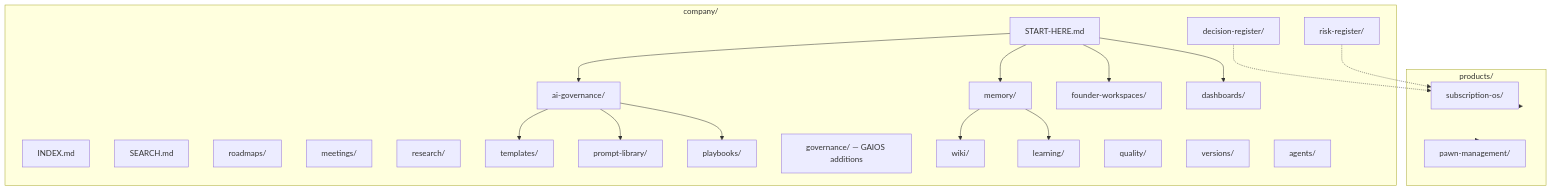
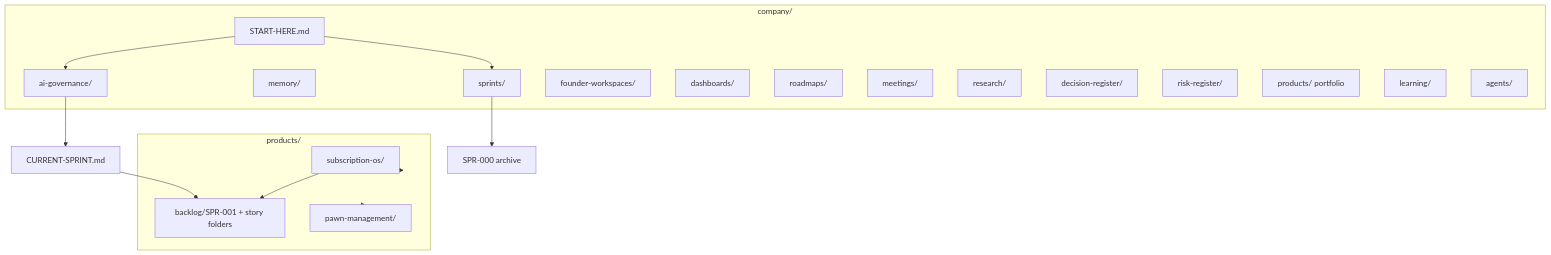
The second of 2 diagrams in company/START-HERE.md (gojentech/gojen-product-office), drawn with Mermaid before and after one commit. The commit also changed other lines of this file, not shown here.

Commit message:
docs(gaios): refresh START-HERE for SPR-001 discovery

````diff
--- a/company/START-HERE.md
+++ b/company/START-HERE.md
@@ -110,45 +113,34 @@
 ```mermaid
 flowchart TB
   subgraph company["company/"]
     SH[START-HERE.md]
-    IX[INDEX.md]
-    SE[SEARCH.md]
     AG[ai-governance/]
     MEM[memory/]
+    SP[sprints/]
     FW[founder-workspaces/]
     DB[dashboards/]
     RM[roadmaps/]
     MT[meetings/]
     RS[research/]
     DR[decision-register/]
     RR[risk-register/]
-    TP[templates/]
-    PL[prompt-library/]
-    PB[playbooks/]
-    GV[governance/ — GAIOS additions]
-    WK[wiki/]
+    CP[products/ portfolio]
     LN[learning/]
-    QL[quality/]
-    VR[versions/]
     AGENTS[agents/]
   end
 
   subgraph products_root["products/"]
     SOS[subscription-os/]
+    BL[backlog/SPR-001 + story folders]
     PAW[pawn-management/]
   end
 
   SH --> AG
-  SH --> MEM
-  SH --> FW
-  SH --> DB
-  AG --> TP
-  AG --> PL
-  AG --> PB
-  MEM --> WK
-  MEM --> LN
+  SH --> SP
+  AG --> CS[CURRENT-SPRINT.md]
+  CS --> BL
+  SP --> Arch[SPR-000 archive]
   products_root --> SOS
+  SOS --> BL
   products_root --> PAW
-  DR -.-> SOS
-  RR -.-> SOS
 ```
````
